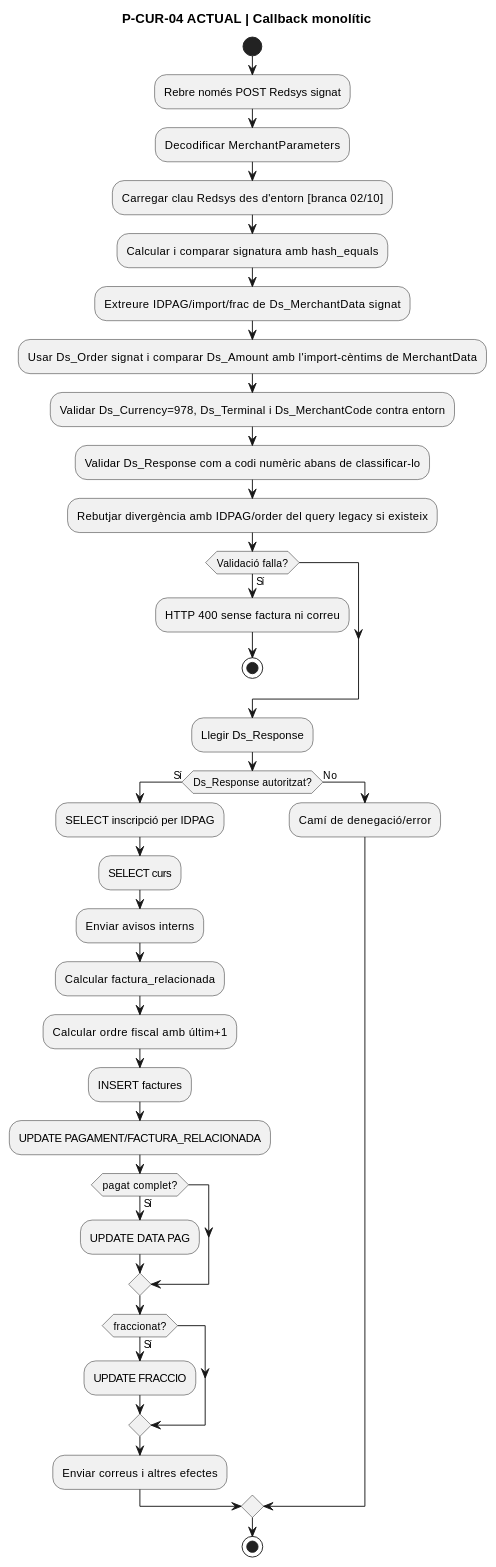
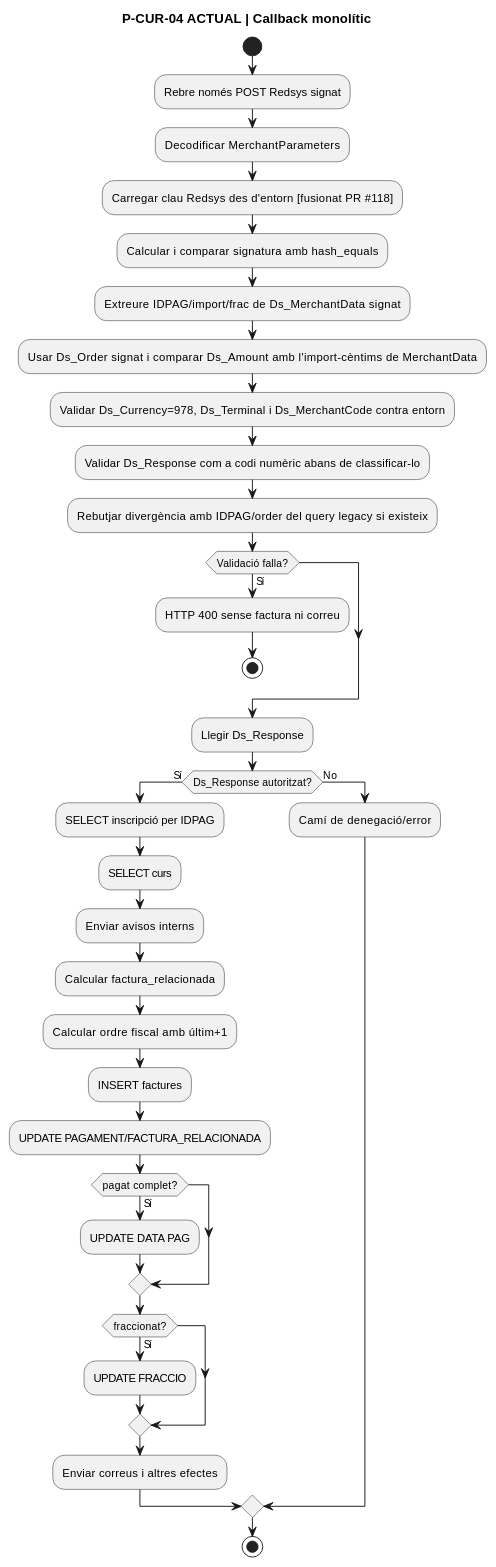
One commit to orgmeriemprismacat-del/verifactu changed the seventh of 15 diagrams in documentacio/07-uml-integrat/uc-014-activitats-pagines-redsys-actual-final.md. Above: the diagram before and after it, drawn with PlantUML. The commit also changed other lines of this file, not shown here.

Commit message:
docs(UC-014): reconciliar estat fusionat i CI post-merge

````diff
--- a/documentacio/07-uml-integrat/uc-014-activitats-pagines-redsys-actual-final.md
+++ b/documentacio/07-uml-integrat/uc-014-activitats-pagines-redsys-actual-final.md
@@ -187,39 +187,39 @@
 ```plantuml
 @startuml
 title P-CUR-04 ACTUAL | Callback monolític
 start
 :Rebre només POST Redsys signat;
 :Decodificar MerchantParameters;
-:Carregar clau Redsys des d'entorn [branca 02/10];
+:Carregar clau Redsys des d'entorn [fusionat PR #118];
 :Calcular i comparar signatura amb hash_equals;
 :Extreure IDPAG/import/frac de Ds_MerchantData signat;
 :Usar Ds_Order signat i comparar Ds_Amount amb l'import-cèntims de MerchantData;
 :Validar Ds_Currency=978, Ds_Terminal i Ds_MerchantCode contra entorn;
 :Validar Ds_Response com a codi numèric abans de classificar-lo;
 :Rebutjar divergència amb IDPAG/order del query legacy si existeix;
 if (Validació falla?) then (Sí)
   :HTTP 400 sense factura ni correu;
   stop
 endif
 :Llegir Ds_Response;
 if (Ds_Response autoritzat?) then (Sí)
   :SELECT inscripció per IDPAG;
   :SELECT curs;
   :Enviar avisos interns;
   :Calcular factura_relacionada;
   :Calcular ordre fiscal amb últim+1;
   :INSERT factures;
   :UPDATE PAGAMENT/FACTURA_RELACIONADA;
   if (pagat complet?) then (Sí)
     :UPDATE DATA PAG;
   endif
   if (fraccionat?) then (Sí)
     :UPDATE FRACCIO;
   endif
   :Enviar correus i altres efectes;
 else (No)
   :Camí de denegació/error;
 endif
 stop
 @enduml
 ```
````
